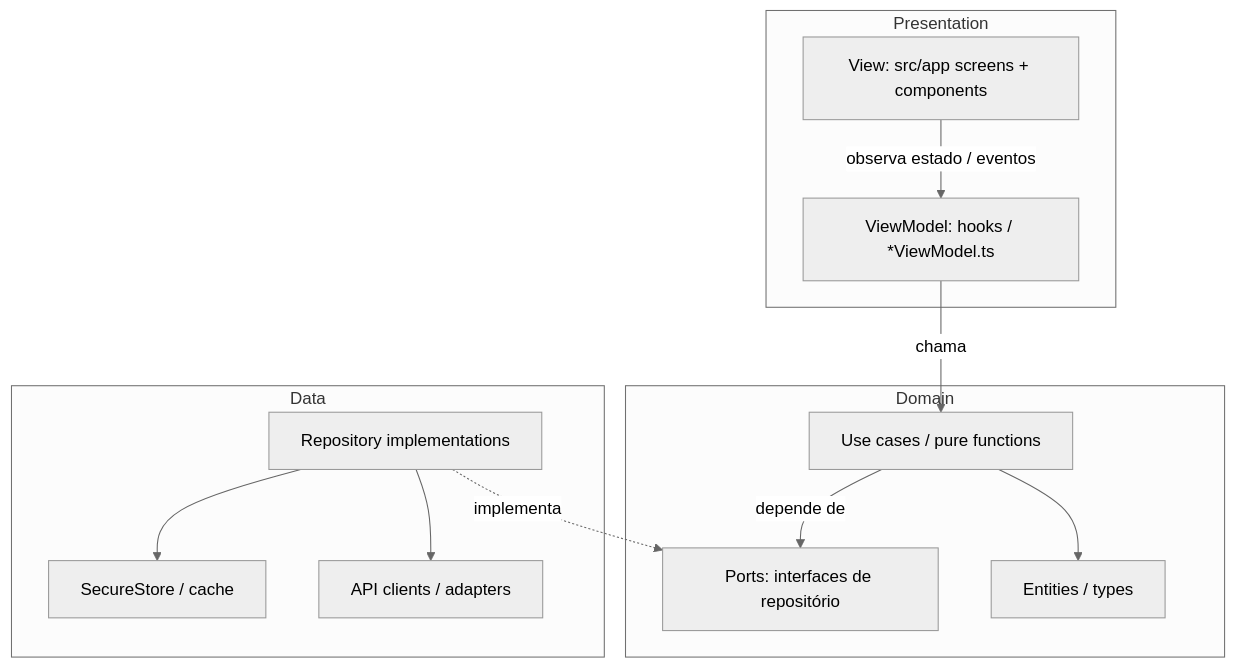
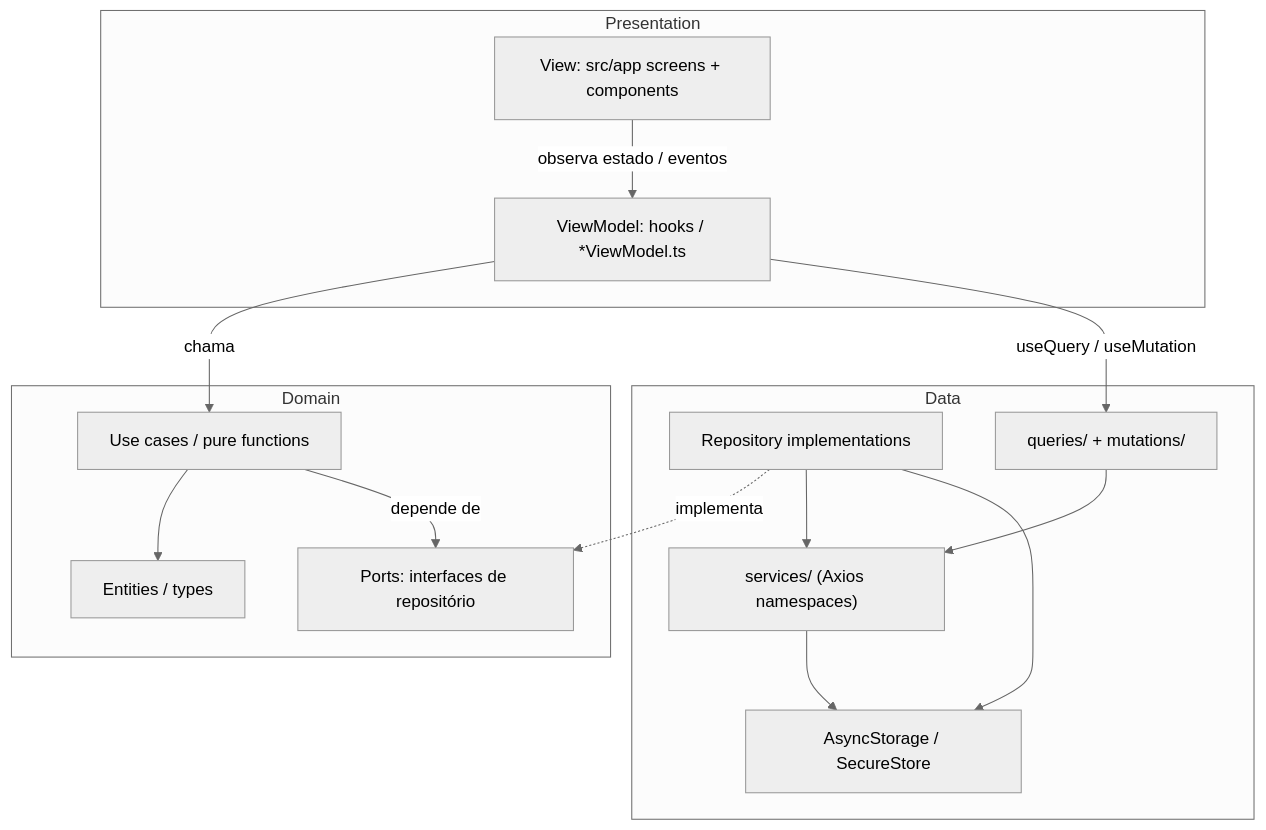
Before and after one commit to Eduardo-Maia98/TokenTracker: the diagram in specs/architecture.md, drawn with Mermaid (neutral theme). The commit also changed other lines of this file and 29 other files, not shown here.

Commit message:
chore(TT-002): configure axios, storage, nativewind, and query

````diff
--- a/specs/architecture.md
+++ b/specs/architecture.md
@@ -34,27 +34,31 @@
 ```mermaid
 flowchart TB
   subgraph presentation [Presentation]
     View["View: src/app screens + components"]
     VM["ViewModel: hooks / *ViewModel.ts"]
   end
 
   subgraph domain [Domain]
     Entity["Entities / types"]
     UseCase["Use cases / pure functions"]
     Port["Ports: interfaces de repositório"]
   end
 
   subgraph data [Data]
     Repo["Repository implementations"]
-    Api["API clients / adapters"]
-    Store["SecureStore / cache"]
+    Services["services/ (Axios namespaces)"]
+    Queries["queries/ + mutations/"]
+    Store["AsyncStorage / SecureStore"]
   end
 
   View -->|"observa estado / eventos"| VM
   VM -->|"chama"| UseCase
   UseCase --> Entity
   UseCase -->|"depende de"| Port
+  VM -->|"useQuery / useMutation"| Queries
+  Queries --> Services
   Repo -.->|"implementa"| Port
-  Repo --> Api
+  Repo --> Services
   Repo --> Store
+  Services --> Store
 ```
````
